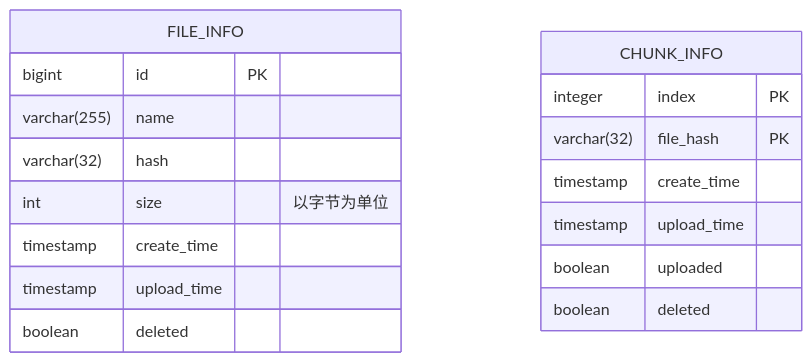
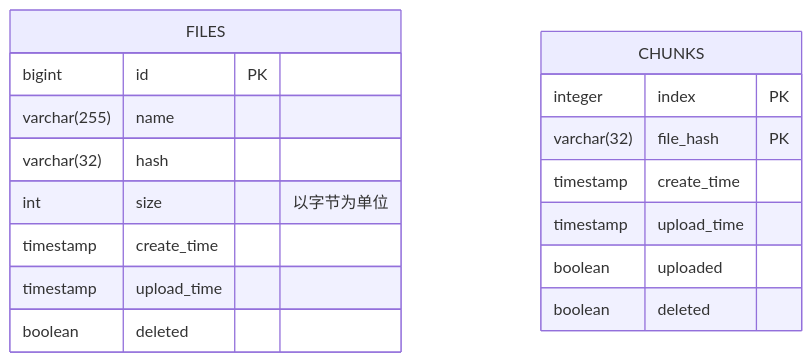
One commit to niuiic/file-service changed the third of 11 diagrams in README.md. Above: the diagram before and after it, drawn with Mermaid. The commit also changed 12 other files, not shown here.

````diff
--- a/README.md
+++ b/README.md
@@ -90,21 +90,21 @@
 ```mermaid
 erDiagram
-    FILE_INFO {
+    FILES {
         bigint id PK
         varchar(255) name
         varchar(32) hash
         int size "以字节为单位"
         timestamp create_time
         timestamp upload_time
         boolean deleted
     }
 
-    CHUNK_INFO {
+    CHUNKS {
         integer index PK
         varchar(32) file_hash PK
         timestamp create_time
         timestamp upload_time
         boolean uploaded
         boolean deleted
     }
 ```
````
